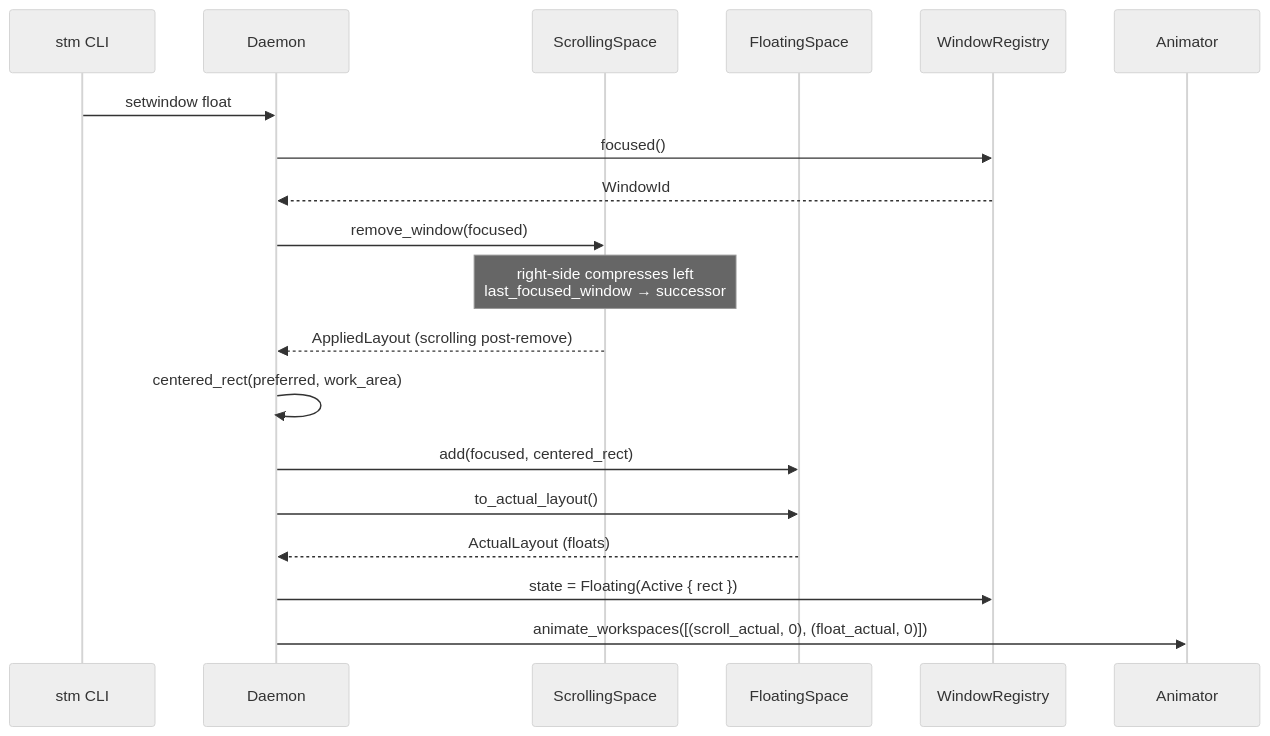
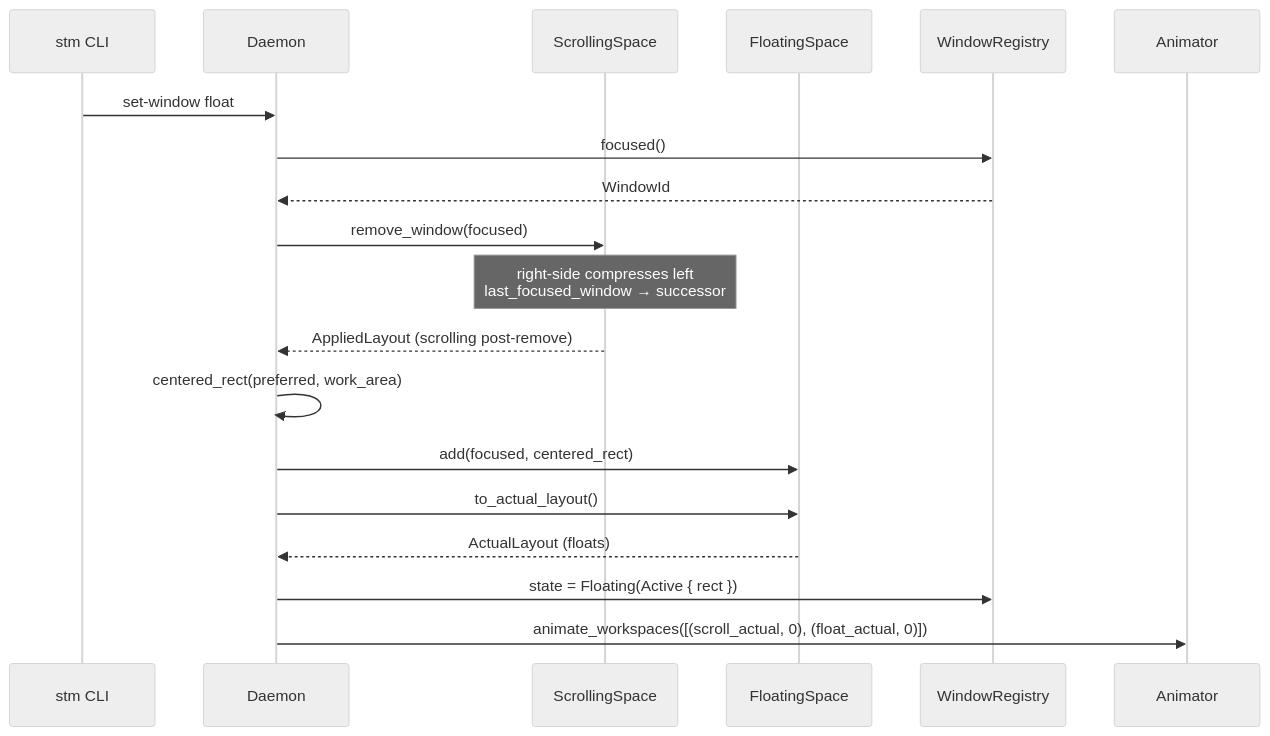
Before and after one commit to CCpcalvin/flow-wm: the third of 6 diagrams in docs/src/dev-guide/floating-space.md, drawn with Mermaid (neutral theme). The commit also changed other lines of this file and 20 other files, not shown here.

````diff
--- a/docs/src/dev-guide/floating-space.md
+++ b/docs/src/dev-guide/floating-space.md
@@ -118,22 +118,22 @@
 ```mermaid
 sequenceDiagram
     participant CLI as stm CLI
     participant STM as Daemon
     participant SS as ScrollingSpace
     participant FS as FloatingSpace
     participant Reg as WindowRegistry
     participant Anim as Animator
 
-    CLI->>STM: setwindow float
+    CLI->>STM: set-window float
     STM->>Reg: focused()
     Reg-->>STM: WindowId
     STM->>SS: remove_window(focused)
     Note over SS: right-side compresses left<br/>last_focused_window → successor
     SS-->>STM: AppliedLayout (scrolling post-remove)
     STM->>STM: centered_rect(preferred, work_area)
     STM->>FS: add(focused, centered_rect)
     STM->>FS: to_actual_layout()
     FS-->>STM: ActualLayout (floats)
     STM->>Reg: state = Floating(Active { rect })
     STM->>Anim: animate_workspaces([(scroll_actual, 0), (float_actual, 0)])
 ```
````
